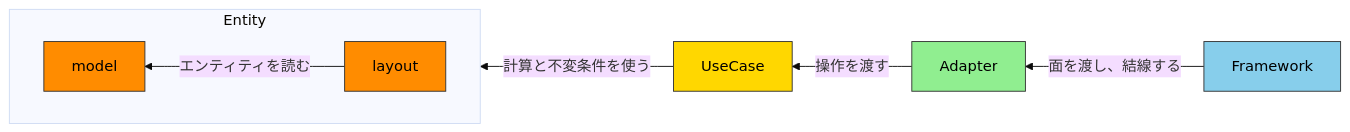
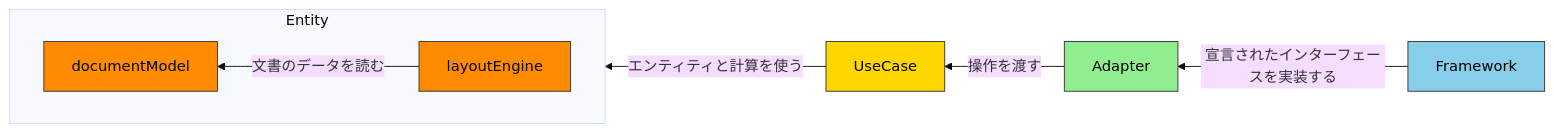
The diagram in docs/spec/05-07-design.md (GoodRelax/gr-scheduler), drawn with Mermaid (base theme) before and after one commit. The commit also changed other lines of this file and 16 other files, not shown here.

````diff
--- a/docs/spec/05-07-design.md
+++ b/docs/spec/05-07-design.md
@@ -23,15 +23,15 @@
 ```mermaid
 graph RL
-    Fw["Framework"]:::framework -->|"面を渡し、結線する"| Ad
+    Fw["Framework"]:::framework -->|"宣言されたインターフェースを実装する"| Ad
     Ad["Adapter"]:::adapter -->|"操作を渡す"| Uc
-    Uc["UseCase"]:::usecase -->|"計算と不変条件を使う"| Lay
+    Uc["UseCase"]:::usecase -->|"エンティティと計算を使う"| Lay
     subgraph Ent["Entity"]
         direction RL
-        Lay["layout"]:::entity -->|"エンティティを読む"| Mdl["model"]:::entity
+        Lay["layoutEngine"]:::entity -->|"文書のデータを読む"| Mdl["documentModel"]:::entity
     end
 
     classDef entity fill:#FF8C00,stroke:#333,color:#000
     classDef usecase fill:#FFD700,stroke:#333,color:#000
     classDef adapter fill:#90EE90,stroke:#333,color:#000
     classDef framework fill:#87CEEB,stroke:#333,color:#000
 ```
````
